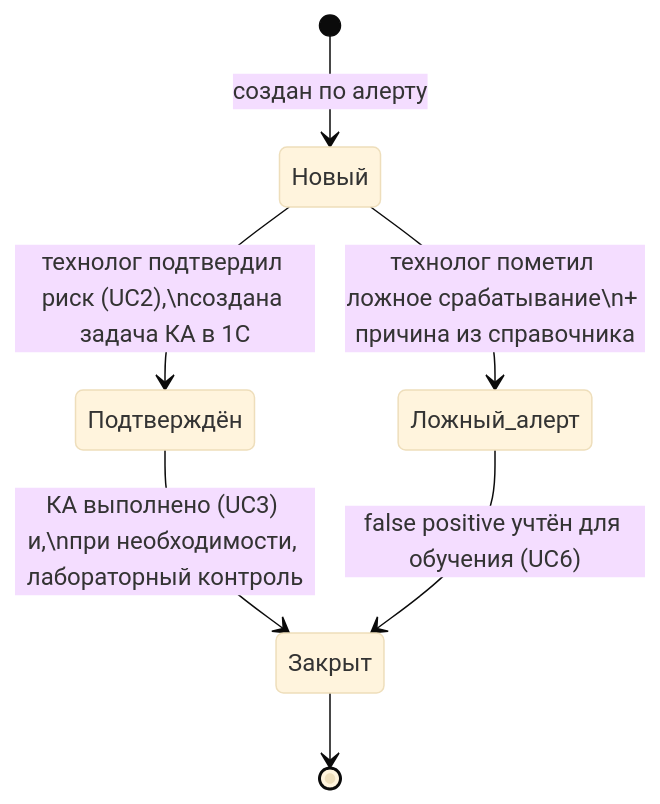
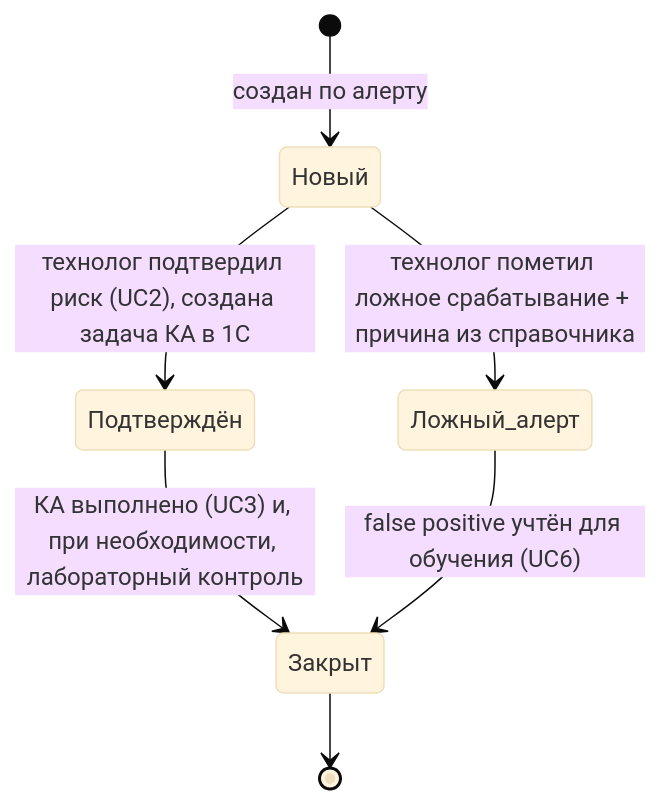
Before and after one commit to igorvolk1961/water_checker: the second of 4 diagrams in docs/system_analysis/diagrams/state_incident_alert_task.md, drawn with Mermaid (base theme). The commit also changed other lines of this file and 8 other files, not shown here.

````diff
--- a/docs/system_analysis/diagrams/state_incident_alert_task.md
+++ b/docs/system_analysis/diagrams/state_incident_alert_task.md
@@ -30,13 +30,13 @@
 ```mermaid
 stateDiagram-v2
     state "Новый" as I1
     state "Подтверждён" as I2
     state "Ложный_алерт" as I3
     state "Закрыт" as I4
     [*] --> I1 : создан по алерту
-    I1 --> I2 : технолог подтвердил риск (UC2),\nсоздана задача КА в 1С
-    I1 --> I3 : технолог пометил ложное срабатывание\n+ причина из справочника
-    I2 --> I4 : КА выполнено (UC3) и,\nпри необходимости, лабораторный контроль
+    I1 --> I2 : технолог подтвердил риск (UC2), создана задача КА в 1С
+    I1 --> I3 : технолог пометил ложное срабатывание + причина из справочника
+    I2 --> I4 : КА выполнено (UC3) и, при необходимости, лабораторный контроль
     I3 --> I4 : false positive учтён для обучения (UC6)
     I4 --> [*]
 ```
````
